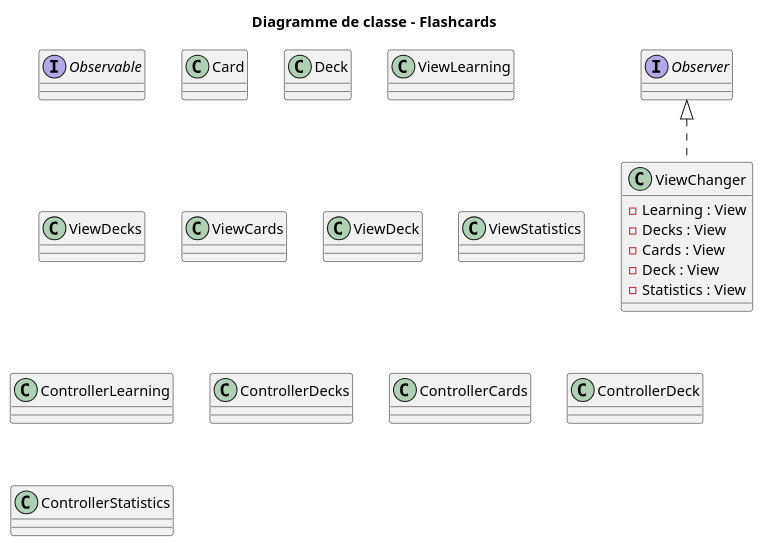
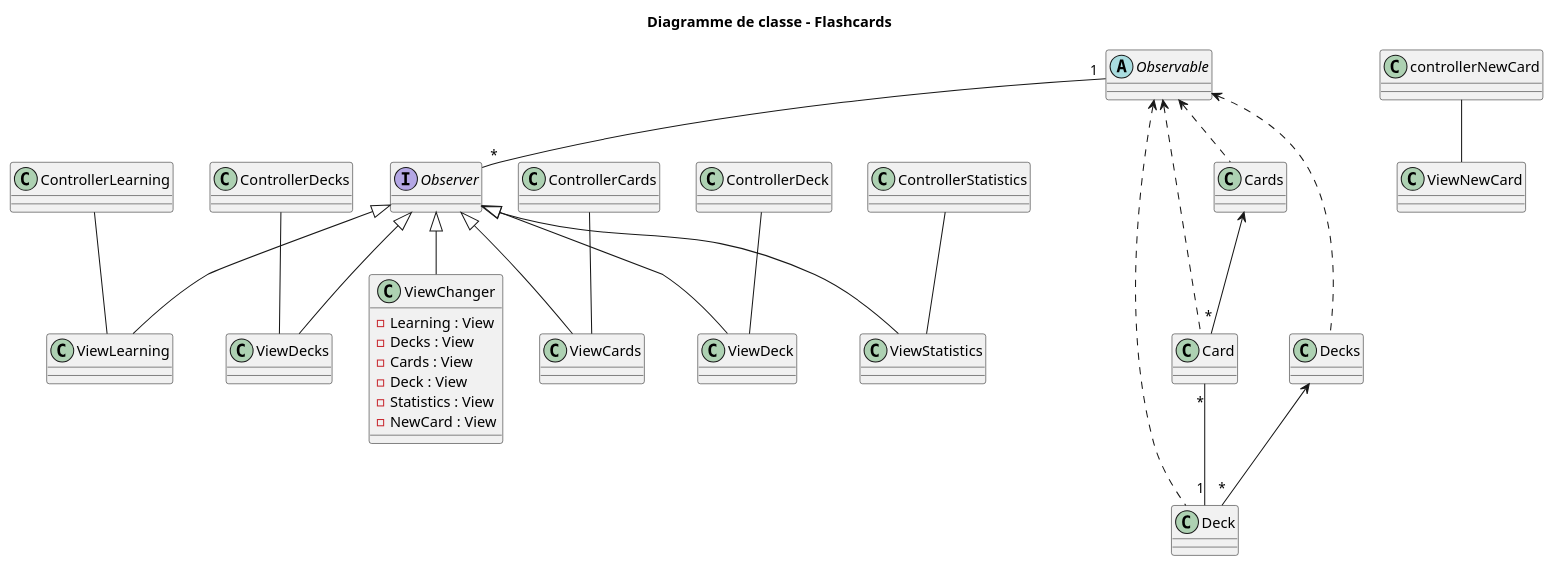
The diagram in Diagrams/ClassDiagram.plantuml (baldraven/Flashcards), drawn with PlantUML before and after one commit.

Commit message:
added classes and relations in class diagram

```diff
--- a/Diagrams/ClassDiagram.plantuml
+++ b/Diagrams/ClassDiagram.plantuml
@@ -1,31 +1,56 @@
 @startuml Diagramme de classe - Flashcards
 title Diagramme de classe - Flashcards
 
 class ViewChanger{
     - Learning : View
     - Decks : View
     - Cards : View
     - Deck : View
     - Statistics : View
+    - NewCard : View
 }
 
 interface Observer{}
-interface Observable{}
+abstract Observable{}
 class Card{}
+class Decks{}
 class Deck{}
+class Cards{}
 class ViewLearning{} 
 class ViewDecks{}
 class ViewCards{}
 class ViewDeck{}
 class ViewStatistics{}
+class ViewNewCard{}
 class ControllerLearning{}
 class ControllerDecks{}
 class ControllerCards{}
 class ControllerDeck{}
 class ControllerStatistics{}
+class controllerNewCard{}
 
 
-Observer <|.. ViewChanger
+Observer <|-- ViewChanger
+Observer <|-- ViewLearning
+Observer <|-- ViewDecks
+Observer <|-- ViewCards
+Observer <|-- ViewDeck
+Observer <|-- ViewStatistics
+Observable <.. Cards
+Observable <.. Decks
+Observable <.. Deck
+Observable <.. Card
+Cards <-- "*" Card 
+Decks <-- "*" Deck
+ControllerLearning -- ViewLearning
+ControllerDecks -- ViewDecks
+ControllerCards -- ViewCards
+ControllerDeck -- ViewDeck
+ControllerStatistics -- ViewStatistics
+controllerNewCard -- ViewNewCard
+Card "*" -- "1" Deck
+Observable "1" -- "*" Observer
+
 
 
 @enduml
```
